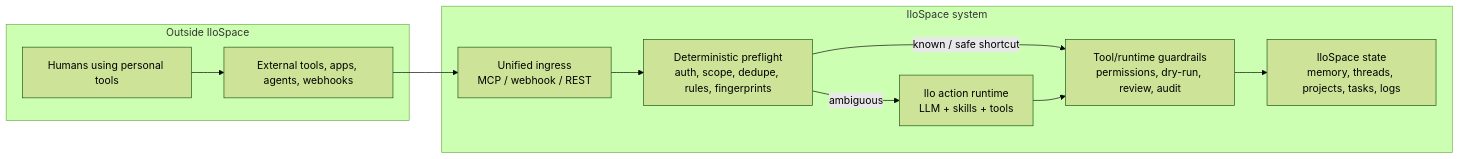
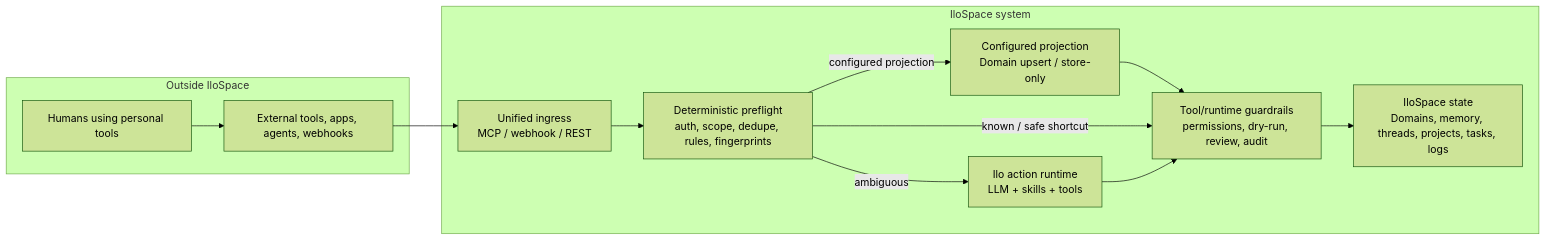
The first of 7 diagrams in docs/prd-inbound-coordination-layer.md (Illospace/illospace), drawn with Mermaid (forest theme) before and after one commit. The commit also changed other lines of this file, not shown here.

````diff
--- a/docs/prd-inbound-coordination-layer.md
+++ b/docs/prd-inbound-coordination-layer.md
@@ -238,23 +327,26 @@
 ```mermaid
 flowchart LR
     subgraph Outside["Outside IloSpace"]
         Tools["External tools, apps, agents, webhooks"]
         People["Humans using personal tools"]
     end
 
     subgraph IloSpace["IloSpace system"]
         Ingress["Unified ingress<br/>MCP / webhook / REST"]
         Policy["Deterministic preflight<br/>auth, scope, dedupe, rules, fingerprints"]
         Agent["Ilo action runtime<br/>LLM + skills + tools"]
+        Projection["Configured projection<br/>Domain upsert / store-only"]
         Guard["Tool/runtime guardrails<br/>permissions, dry-run, review, audit"]
-        Workspace["IloSpace state<br/>memory, threads, projects, tasks, logs"]
+        Workspace["IloSpace state<br/>Domains, memory, threads, projects, tasks, logs"]
     end
 
     People --> Tools
     Tools --> Ingress
     Ingress --> Policy
+    Policy -->|"configured projection"| Projection
+    Projection --> Guard
     Policy -->|"known / safe shortcut"| Guard
     Policy -->|"ambiguous"| Agent
     Agent --> Guard
     Guard --> Workspace
 ```
````
